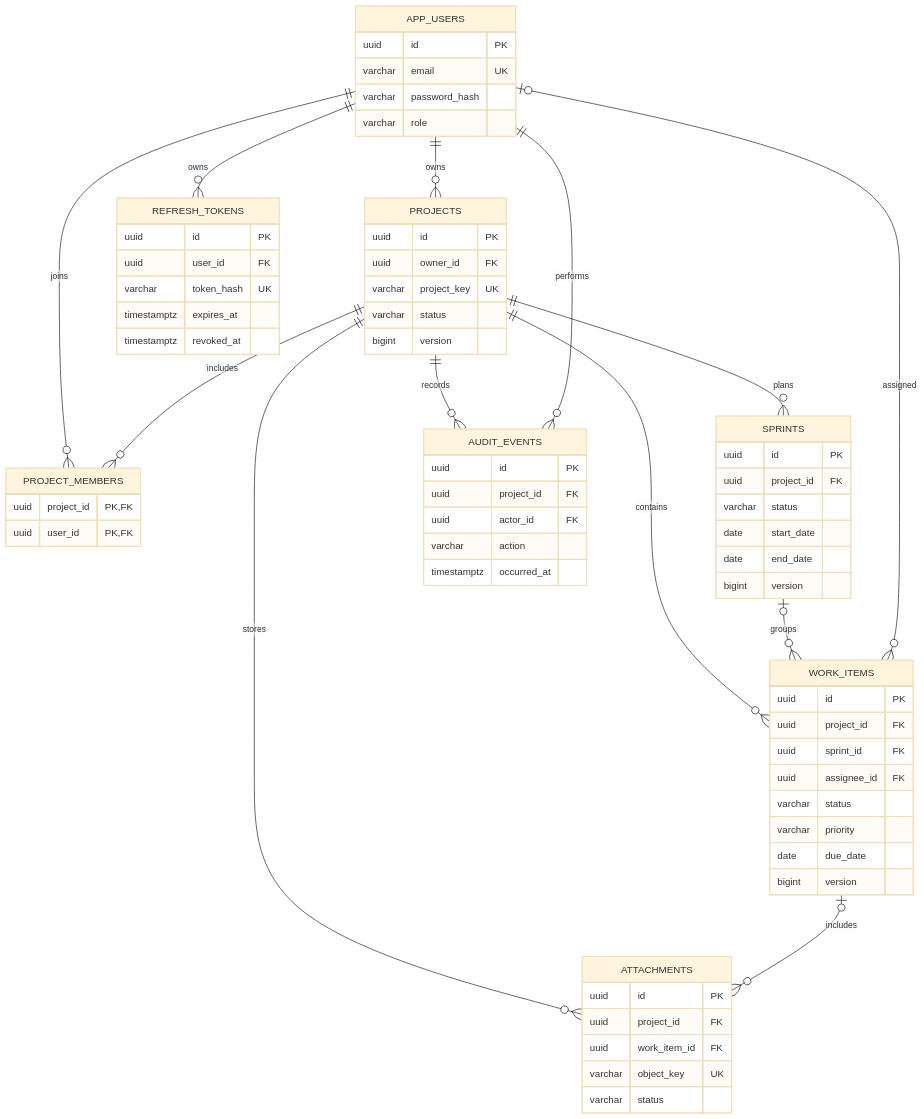
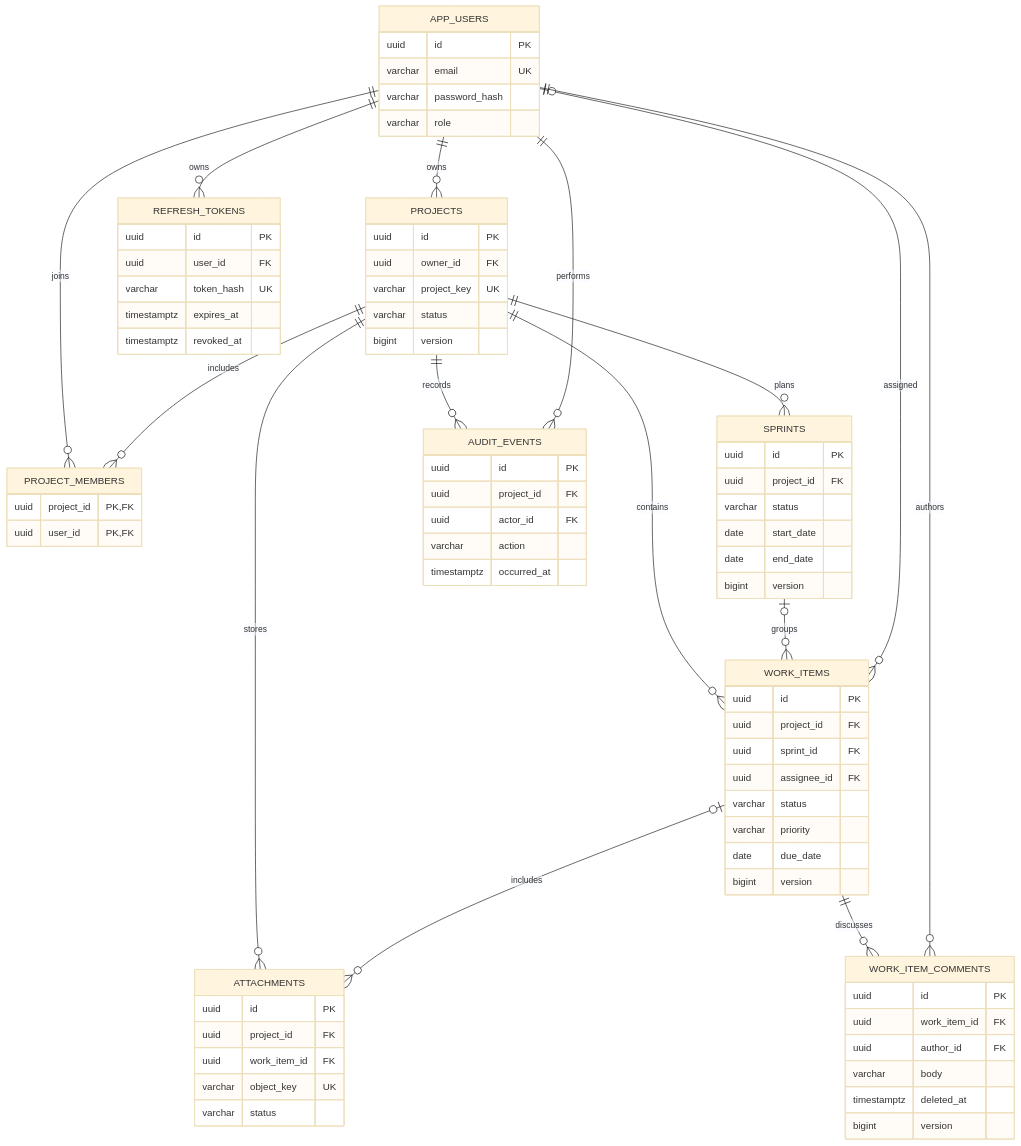
One commit to Goureesankarr/sprintforge changed the third of 3 diagrams in docs/architecture.md. Above: the diagram before and after it, drawn with Mermaid (base theme). The commit also changed other lines of this file and 9 other files, not shown here.

First line of the commit message:
feat: add work-item discussions (#13)

````diff
--- a/docs/architecture.md
+++ b/docs/architecture.md
@@ -60,72 +61,82 @@
 ```mermaid
 erDiagram
     APP_USERS {
         uuid id PK
         varchar email UK
         varchar password_hash
         varchar role
     }
     PROJECTS {
         uuid id PK
         uuid owner_id FK
         varchar project_key UK
         varchar status
         bigint version
     }
     PROJECT_MEMBERS {
         uuid project_id PK,FK
         uuid user_id PK,FK
     }
     SPRINTS {
         uuid id PK
         uuid project_id FK
         varchar status
         date start_date
         date end_date
         bigint version
     }
     WORK_ITEMS {
         uuid id PK
         uuid project_id FK
         uuid sprint_id FK
         uuid assignee_id FK
         varchar status
         varchar priority
         date due_date
         bigint version
     }
+    WORK_ITEM_COMMENTS {
+        uuid id PK
+        uuid work_item_id FK
+        uuid author_id FK
+        varchar body
+        timestamptz deleted_at
+        bigint version
+    }
     AUDIT_EVENTS {
         uuid id PK
         uuid project_id FK
         uuid actor_id FK
         varchar action
         timestamptz occurred_at
     }
     REFRESH_TOKENS {
         uuid id PK
         uuid user_id FK
         varchar token_hash UK
         timestamptz expires_at
         timestamptz revoked_at
     }
     ATTACHMENTS {
         uuid id PK
         uuid project_id FK
         uuid work_item_id FK
         varchar object_key UK
         varchar status
     }
 
     APP_USERS ||--o{ PROJECTS : owns
     APP_USERS ||--o{ PROJECT_MEMBERS : joins
     PROJECTS ||--o{ PROJECT_MEMBERS : includes
     PROJECTS ||--o{ SPRINTS : plans
     PROJECTS ||--o{ WORK_ITEMS : contains
     SPRINTS o|--o{ WORK_ITEMS : groups
     APP_USERS o|--o{ WORK_ITEMS : assigned
+    WORK_ITEMS ||--o{ WORK_ITEM_COMMENTS : discusses
+    APP_USERS ||--o{ WORK_ITEM_COMMENTS : authors
     PROJECTS ||--o{ AUDIT_EVENTS : records
     APP_USERS ||--o{ AUDIT_EVENTS : performs
     APP_USERS ||--o{ REFRESH_TOKENS : owns
     PROJECTS ||--o{ ATTACHMENTS : stores
     WORK_ITEMS o|--o{ ATTACHMENTS : includes
 ```
````
